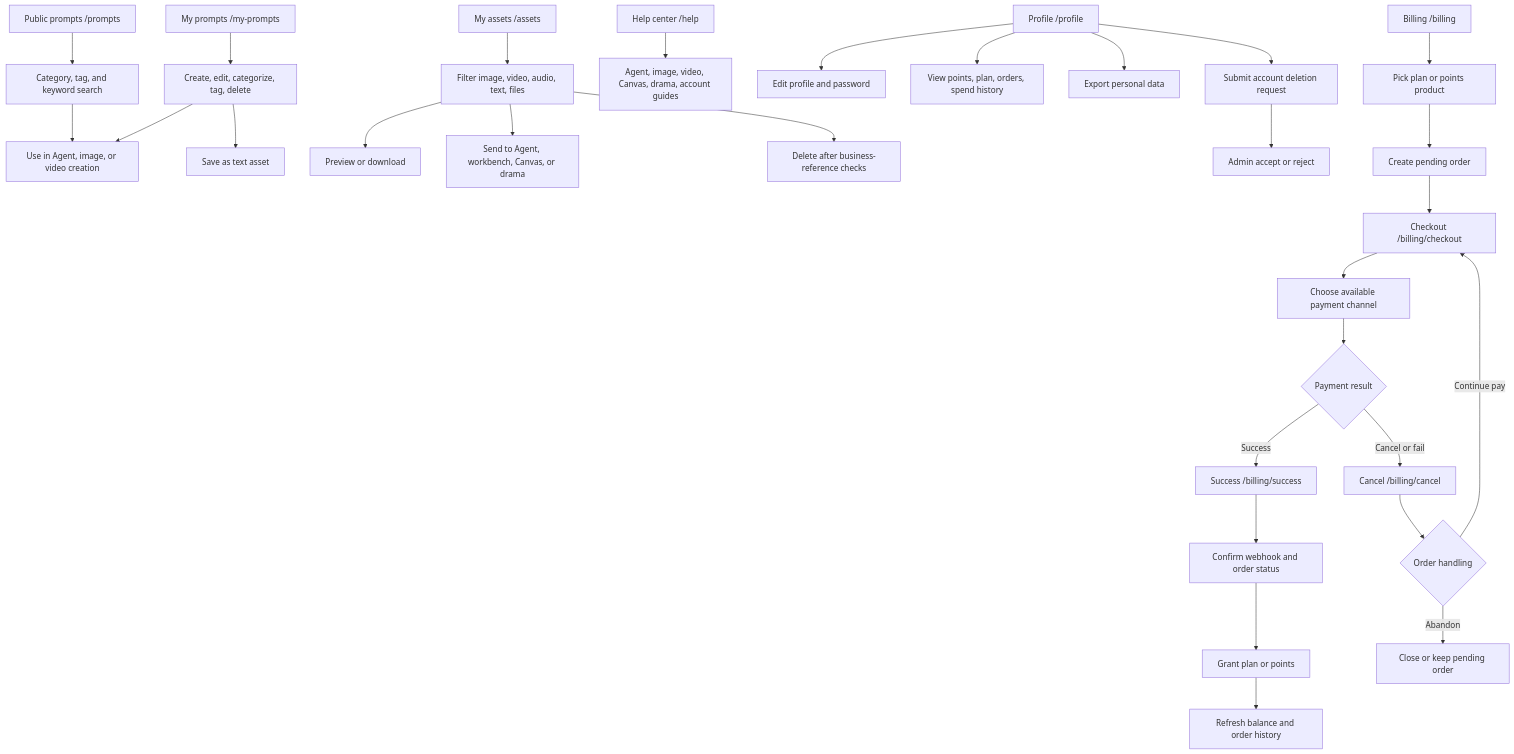
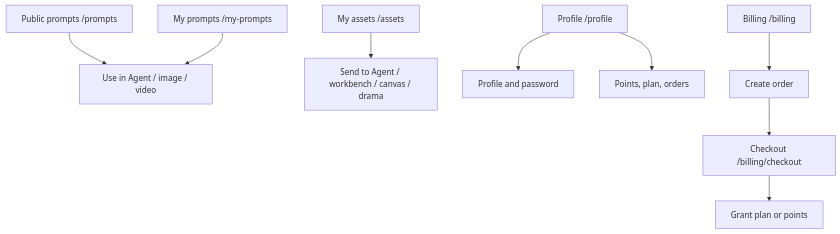
Before and after one commit to jiujiu532/JoveCanvas: the sixth of 9 diagrams in README.en.md, drawn with Mermaid. The commit also changed other lines of this file and 1 other file, not shown here.

First line of the commit message:
docs: README 品牌改为 JoveCanvas 并清理上游痕迹

````diff
--- a/README.en.md
+++ b/README.en.md
@@ -223,38 +209,12 @@
 ```mermaid
 flowchart TB
-    PROMPTS["Public prompts /prompts"] --> FIND["Category, tag, and keyword search"]
-    FIND --> USE["Use in Agent, image, or video creation"]
+    PROMPTS["Public prompts /prompts"] --> USE["Use in Agent / image / video"]
+    MY["My prompts /my-prompts"] --> USE
+    ASSETS["My assets /assets"] --> CONTINUE["Send to Agent / workbench / canvas / drama"]
 
-    MY["My prompts /my-prompts"] --> MANAGE["Create, edit, categorize, tag, delete"]
-    MANAGE --> SAVE_ASSET["Save as text asset"]
-    MANAGE --> USE
-
-    ASSETS["My assets /assets"] --> FILTER["Filter image, video, audio, text, files"]
-    FILTER --> PREVIEW["Preview or download"]
-    FILTER --> CONTINUE["Send to Agent, workbench, Canvas, or drama"]
-    FILTER --> DELETE["Delete after business-reference checks"]
-
-    HELP["Help center /help"] --> GUIDE["Agent, image, video, Canvas, drama, account guides"]
-
-    PROFILE["Profile /profile"] --> INFO["Edit profile and password"]
-    PROFILE --> RIGHTS["View points, plan, orders, spend history"]
-    PROFILE --> EXPORT["Export personal data"]
-    PROFILE --> CANCEL_ACCOUNT["Submit account deletion request"]
-    CANCEL_ACCOUNT --> ADMIN_REVIEW["Admin accept or reject"]
-
-    BILLING["Billing /billing"] --> PRODUCT["Pick plan or points product"]
-    PRODUCT --> ORDER["Create pending order"]
+    PROFILE["Profile /profile"] --> INFO["Profile and password"]
+    PROFILE --> RIGHTS["Points, plan, orders"]
+    BILLING["Billing /billing"] --> ORDER["Create order"]
     ORDER --> CHECKOUT["Checkout /billing/checkout"]
-    CHECKOUT --> CHANNEL["Choose available payment channel"]
-    CHANNEL --> PAY{"Payment result"}
-
-    PAY -->|Success| SUCCESS["Success /billing/success"]
-    SUCCESS --> CONFIRM["Confirm webhook and order status"]
-    CONFIRM --> GRANT["Grant plan or points"]
-    GRANT --> REFRESH["Refresh balance and order history"]
-
-    PAY -->|Cancel or fail| CANCEL["Cancel /billing/cancel"]
-    CANCEL --> CHOICE{"Order handling"}
-    CHOICE -->|Continue pay| CHECKOUT
-    CHOICE -->|Abandon| CLOSE["Close or keep pending order"]
+    CHECKOUT --> GRANT["Grant plan or points"]
 ```
````
